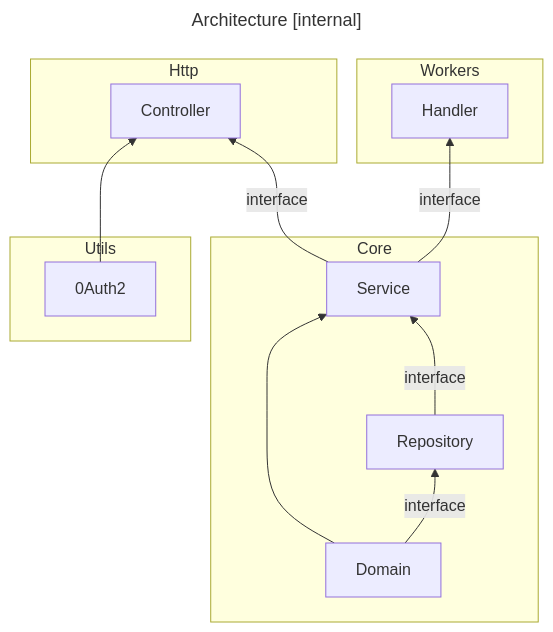
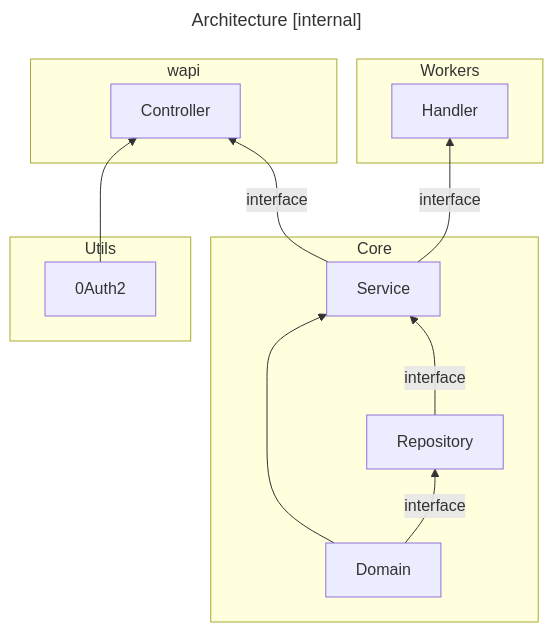
The second of 2 diagrams in internal/README.md (swclabs/swix), drawn with Mermaid before and after one commit. The commit also changed other lines of this file and 32 other files, not shown here.

Commit message:
refactor: rename http to wapi

````diff
--- a/internal/README.md
+++ b/internal/README.md
@@ -33,27 +33,27 @@
 ```mermaid
 ---
 title: Architecture [internal]
 ---
 flowchart BT
   subgraph Core
     Domain-->Service
     Domain-- interface -->Repository
     Repository-- interface -->Service
   end
 
   subgraph Utils
     0Auth2
   end
 
-  subgraph Http
+  subgraph wapi
     0Auth2 --> Controller
   end
 
   subgraph Workers
     Handler
   end
 
   Service -- interface --> Controller
   Service -- interface --> Handler
 
 ```
````
